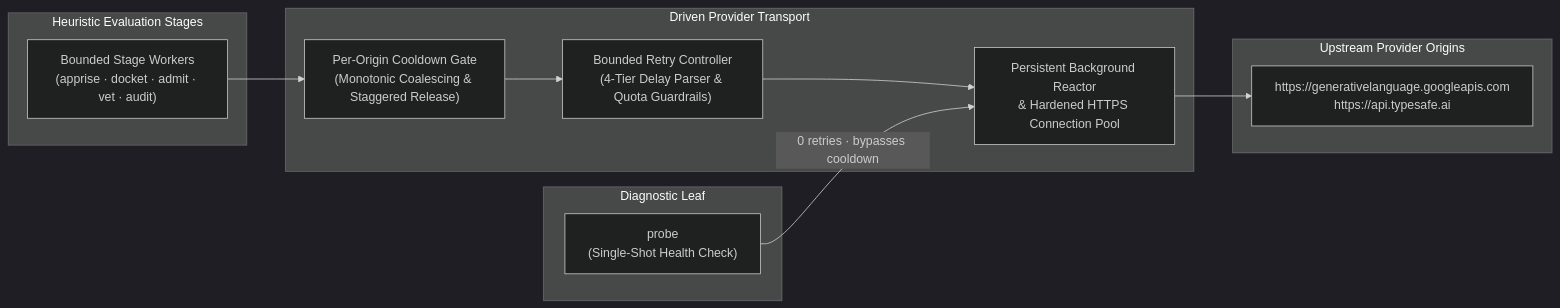
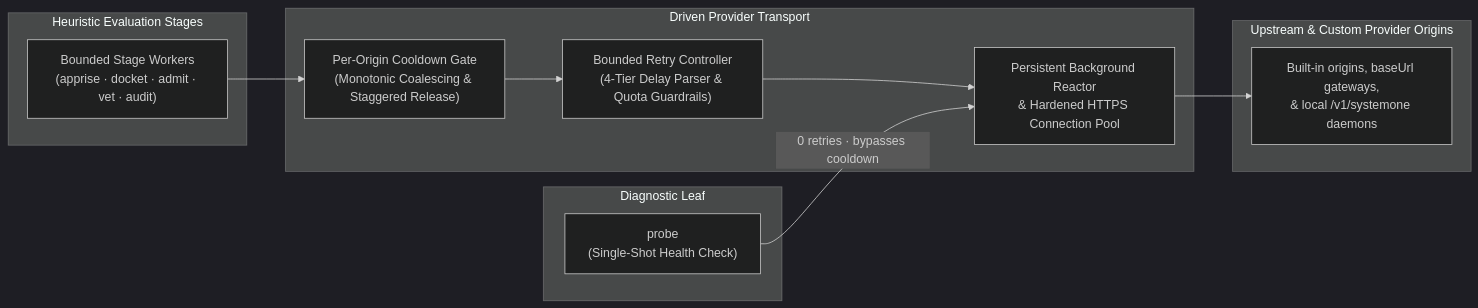
One commit to PAIR-code/canon-clerk changed the first of 2 diagrams in docs/architecture/transport.md. Above: the diagram before and after it, drawn with Mermaid (dark theme). The commit also changed other lines of this file and 31 other files, not shown here.

First line of the commit message:
feat(spec,configuration,core,cli,readme): unify protocol driver registry, baseUrl overrides, and custom provider profiles (#335) (#340)

````diff
--- a/docs/architecture/transport.md
+++ b/docs/architecture/transport.md
@@ -17,23 +17,23 @@
 ```mermaid
 flowchart LR
     subgraph HeuristicStages ["Heuristic Evaluation Stages"]
         Workers["Bounded Stage Workers<br/>(apprise · docket · admit · vet · audit)"]
     end
 
     subgraph DiagnosticStage ["Diagnostic Leaf"]
         Probe["probe<br/>(Single-Shot Health Check)"]
     end
 
     subgraph TransportLayer ["Driven Provider Transport"]
         Gate["Per-Origin Cooldown Gate<br/>(Monotonic Coalescing & Staggered Release)"]
         Retry["Bounded Retry Controller<br/>(4-Tier Delay Parser & Quota Guardrails)"]
         Pool["Persistent Background Reactor<br/>& Hardened HTTPS Connection Pool"]
     end
 
-    subgraph Upstream ["Upstream Provider Origins"]
-        Endpoints["https://generativelanguage.googleapis.com<br/>https://api.typesafe.ai"]
+    subgraph Upstream ["Upstream & Custom Provider Origins"]
+        Endpoints["Built-in origins, baseUrl gateways,<br/>& local /v1/systemone daemons"]
     end
 
     Workers --> Gate --> Retry --> Pool --> Endpoints
     Probe -- "0 retries · bypasses cooldown" --> Pool
 ```
````
